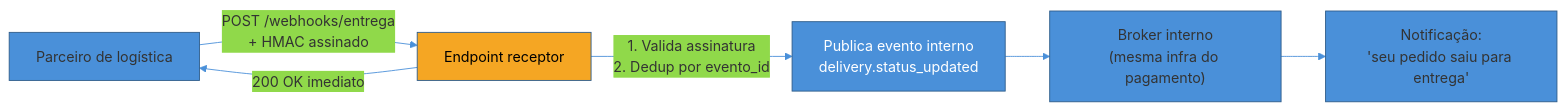
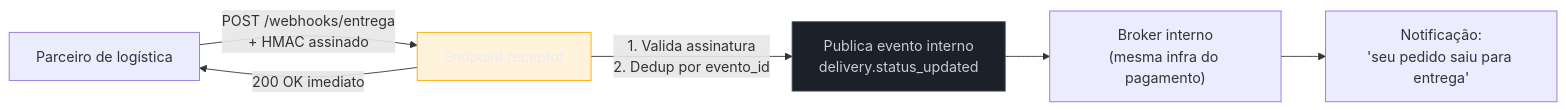
The third of 4 diagrams in 03-Dominios/Engenharia/Comunicação entre Sistemas/Desenhando a comunicação de um sistema do zero.md (josenaldo/codex-technomanticus), drawn with Mermaid before and after one commit. The commit also changed other lines of this file and 1181 other files, not shown here.

First line of the commit message:
fix(diagramas): paleta do sistema no lugar de cor cravada no markdown

````diff
--- a/03-Dominios/Engenharia/Comunicação entre Sistemas/Desenhando a comunicação de um sistema do zero.md
+++ b/03-Dominios/Engenharia/Comunicação entre Sistemas/Desenhando a comunicação de um sistema do zero.md
@@ -177,12 +176,13 @@
 ```mermaid
-%%{init: {"theme": "base", "themeVariables": {"primaryColor": "#4A90D9", "primaryBorderColor": "#2E5C8A", "lineColor": "#4A90D9"}}}%%
 flowchart LR
+    classDef destaque fill:#FFAA0024,stroke:#FFAA00,color:#E9ECF2
+    classDef neutro fill:#1B2029,stroke:#4E5666,color:#C6CCD8
     P["Parceiro de logística"] -->|"POST /webhooks/entrega<br/>+ HMAC assinado"| EP["Endpoint receptor"]
     EP -->|"1. Valida assinatura<br/>2. Dedup por evento_id"| PUB["Publica evento interno<br/>delivery.status_updated"]
     EP -->|"200 OK imediato"| P
     PUB --> BRK["Broker interno<br/>(mesma infra do pagamento)"]
     BRK --> NOT["Notificação:<br/>'seu pedido saiu para entrega'"]
 
-    style EP fill:#F5A623,color:#000
-    style PUB fill:#4A90D9,color:#fff
+    class EP destaque
+    class PUB neutro
 ```
````
